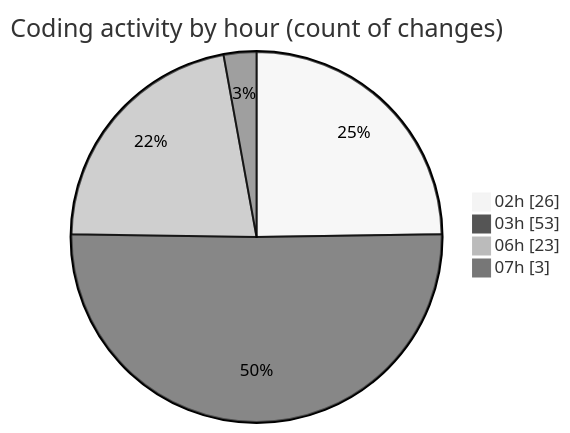
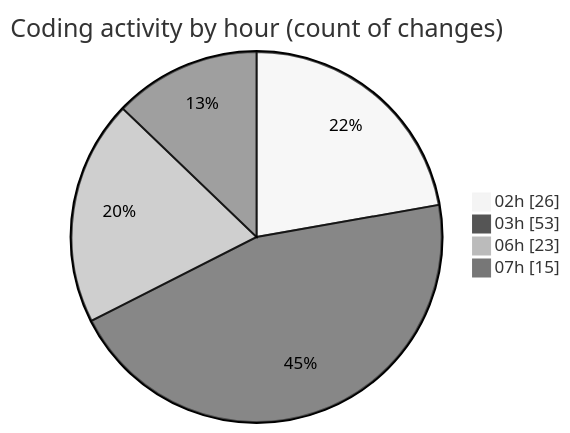
The second of 2 diagrams in 2025-02-22/micros/README.md (charlie-sans/code-tracking), drawn with Mermaid (neutral theme) before and after one commit. The commit also changed other lines of this file and 1 other file, not shown here.

````diff
--- a/2025-02-22/micros/README.md
+++ b/2025-02-22/micros/README.md
@@ -63,8 +67,8 @@
 ```mermaid
 pie showData
 title Coding activity by hour (count of changes)
 "02h" : 26
 "03h" : 53
 "06h" : 23
-"07h" : 3
+"07h" : 15
 ```
````
